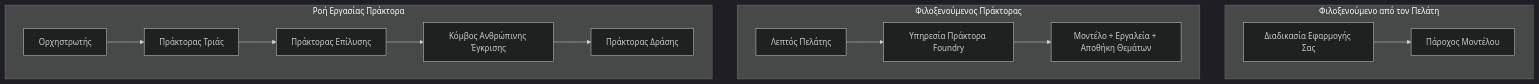
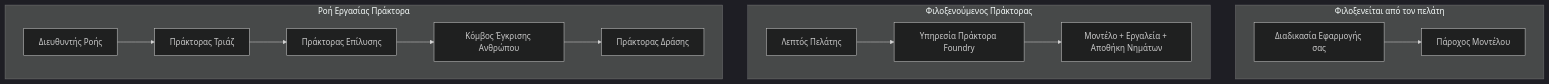
One commit to gabrielmoreira/agent-skills-mirror changed the first of 4 diagrams in mirrors/repos/microsoft@ai-agents-for-beginners/translations/el/16-deploying-scalable-agents/README.md. Above: the diagram before and after it, drawn with Mermaid (dark theme). The commit also changed other lines of this file and 4262 other files, not shown here.

````diff
--- a/mirrors/repos/microsoft@ai-agents-for-beginners/translations/el/16-deploying-scalable-agents/README.md
+++ b/mirrors/repos/microsoft@ai-agents-for-beginners/translations/el/16-deploying-scalable-agents/README.md
@@ -87,16 +87,16 @@
 ```mermaid
 flowchart TB
-    subgraph P1[Φιλοξενούμενο από τον Πελάτη]
-        A1[Διαδικασία Εφαρμογής Σας] --> M1[Πάροχος Μοντέλου]
+    subgraph P1[Φιλοξενείται από τον πελάτη]
+        A1[Διαδικασία Εφαρμογής σας] --> M1[Πάροχος Μοντέλου]
     end
     subgraph P2[Φιλοξενούμενος Πράκτορας]
         A2[Λεπτός Πελάτης] --> F2[Υπηρεσία Πράκτορα Foundry]
-        F2 --> M2[Μοντέλο + Εργαλεία + Αποθήκη Θεμάτων]
+        F2 --> M2[Μοντέλο + Εργαλεία + Αποθήκη Νημάτων]
     end
     subgraph P3[Ροή Εργασίας Πράκτορα]
-        A3[Ορχηστρωτής] --> S1[Πράκτορας Τριάς]
+        A3[Διευθυντής Ροής] --> S1[Πράκτορας Τριάζ]
         S1 --> S2[Πράκτορας Επίλυσης]
-        S2 --> H[Κόμβος Ανθρώπινης Έγκρισης]
+        S2 --> H[Κόμβος Έγκρισης Ανθρώπου]
         H --> S3[Πράκτορας Δράσης]
     end
 ```
````
